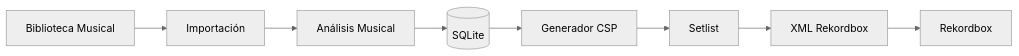
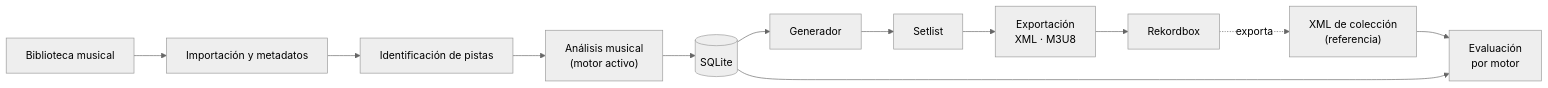
Before and after one commit to pabloo806/Trabajo-de-Fin-de-Grado: the third of 3 diagrams in docs/architecture/README.md, drawn with Mermaid (neutral theme). The commit also changed other lines of this file, not shown here.

First line of the commit message:
Update architectural README for clarity and detail

````diff
--- a/docs/architecture/README.md
+++ b/docs/architecture/README.md
@@ -235,33 +186,38 @@
 ```mermaid
 flowchart LR
 
-    AUDIO["Biblioteca Musical"]
+    AUDIO["Biblioteca musical"]
 
-    IMPORT["Importación"]
+    IMPORT["Importación y metadatos"]
 
-    ANALYSIS["Análisis Musical"]
+    IDENT["Identificación de pistas"]
+
+    ANALYSIS["Análisis musical<br/>(motor activo)"]
 
     DB[("SQLite")]
 
-    CSP["Generador CSP"]
+    GEN["Generador"]
 
     SETLIST["Setlist"]
 
-    XML["XML Rekordbox"]
+    EXPORT["Exportación<br/>XML · M3U8"]
 
     RB["Rekordbox"]
 
+    REF["XML de colección<br/>(referencia)"]
+
+    EVAL["Evaluación<br/>por motor"]
+
     AUDIO --> IMPORT
+    IMPORT --> IDENT
+    IDENT --> ANALYSIS
+    ANALYSIS --> DB
+    DB --> GEN
+    GEN --> SETLIST
+    SETLIST --> EXPORT
+    EXPORT --> RB
 
-    IMPORT --> ANALYSIS
-
-    ANALYSIS --> DB
-
-    DB --> CSP
-
-    CSP --> SETLIST
-
-    SETLIST --> XML
-
-    XML --> RB
+    RB -.exporta.-> REF
+    REF --> EVAL
+    DB --> EVAL
 ```
````
